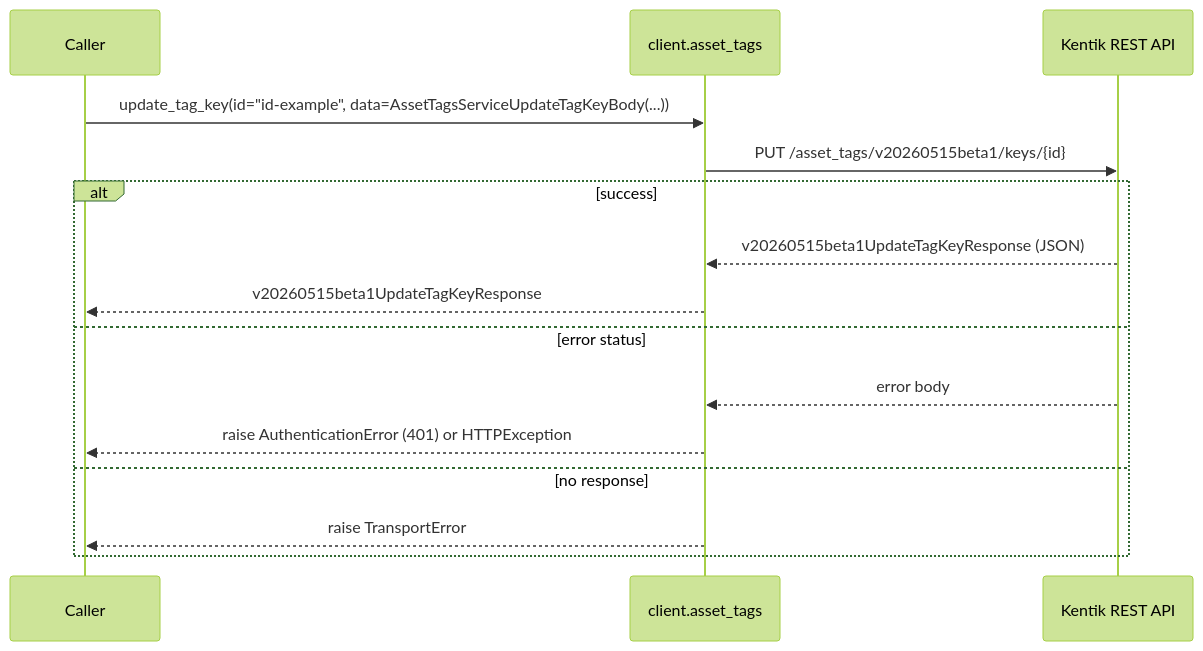
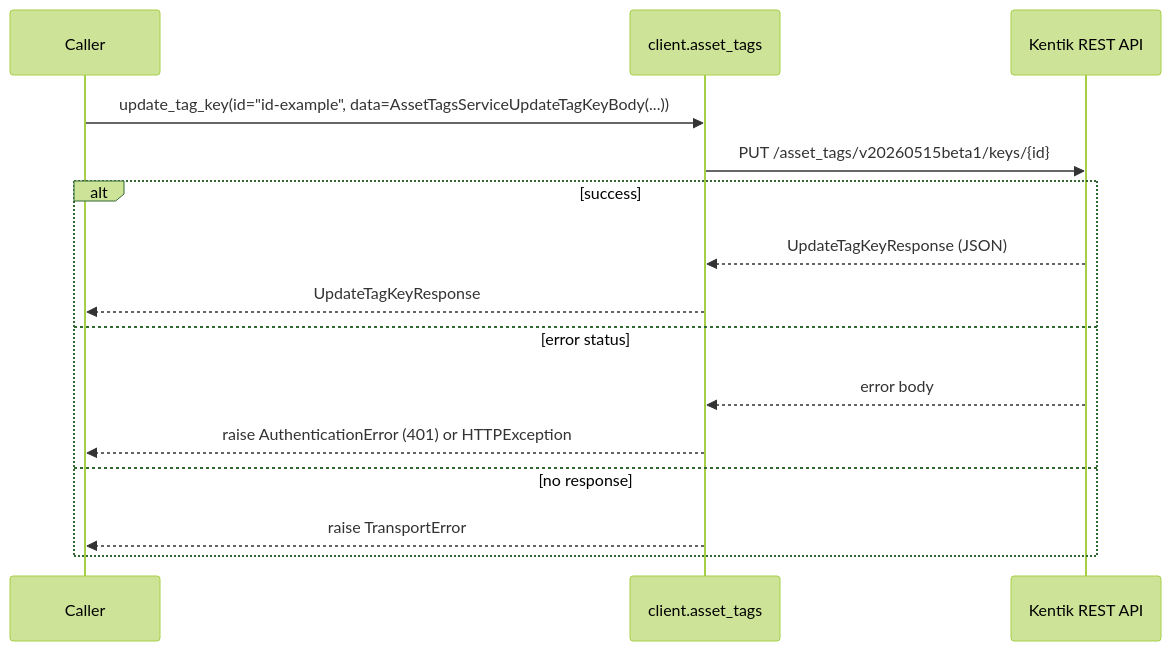
The tenth of 20 diagrams in docs/sphinx/services/asset_tags.md (alexdearaujo/community_sdk_python), drawn with Mermaid (forest theme) before and after one commit. The commit also changed other lines of this file and 38 other files, not shown here.

````diff
--- a/docs/sphinx/services/asset_tags.md
+++ b/docs/sphinx/services/asset_tags.md
@@ -336,18 +336,18 @@
 ```mermaid
 sequenceDiagram
     participant C as Caller
     participant W as client.asset_tags
     participant API as Kentik REST API
 
     C->>W: update_tag_key(id="id-example", data=AssetTagsServiceUpdateTagKeyBody(...))
     W->>API: PUT /asset_tags/v20260515beta1/keys/{id}
     alt success
-        API-->>W: v20260515beta1UpdateTagKeyResponse (JSON)
-        W-->>C: v20260515beta1UpdateTagKeyResponse
+        API-->>W: UpdateTagKeyResponse (JSON)
+        W-->>C: UpdateTagKeyResponse
     else error status
         API-->>W: error body
         W-->>C: raise AuthenticationError (401) or HTTPException
     else no response
         W-->>C: raise TransportError
     end
 ```
````
